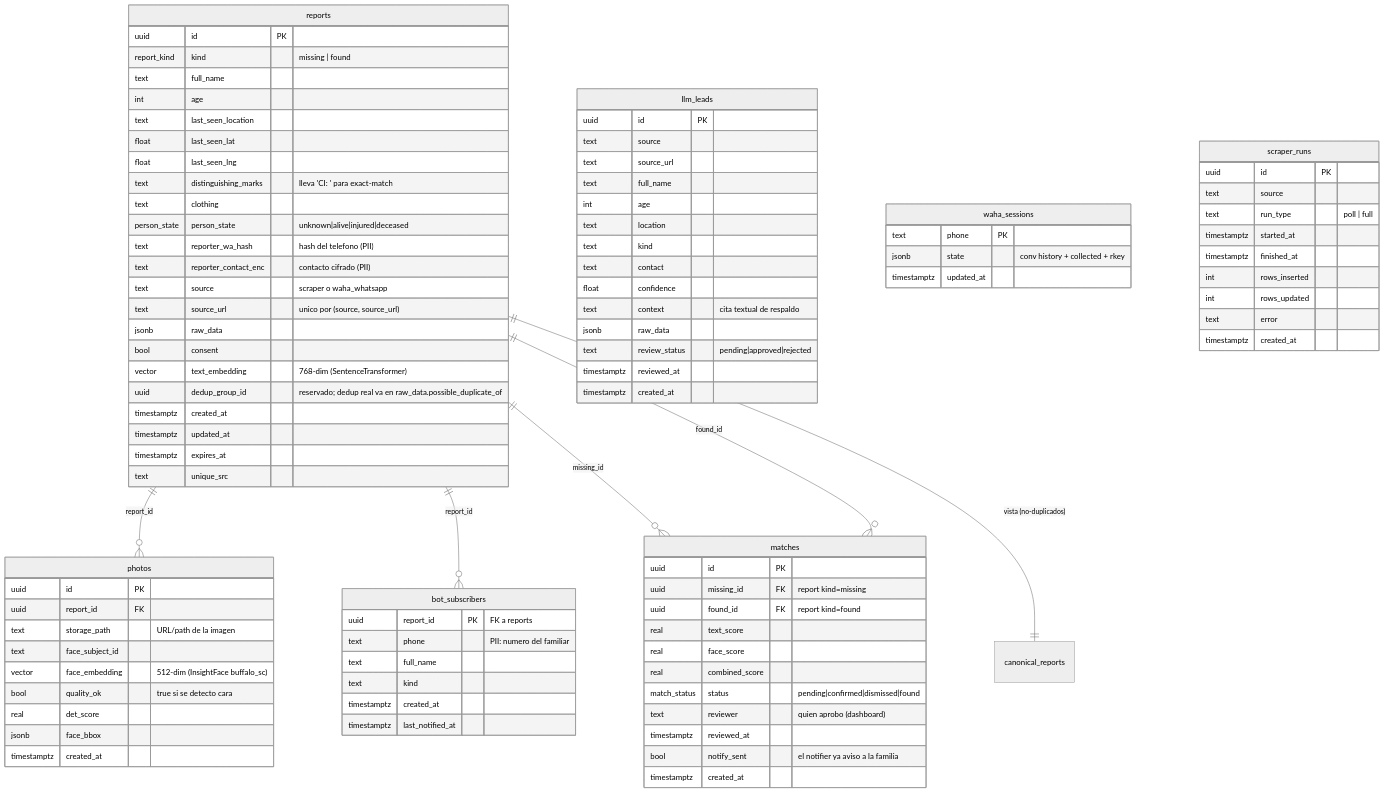
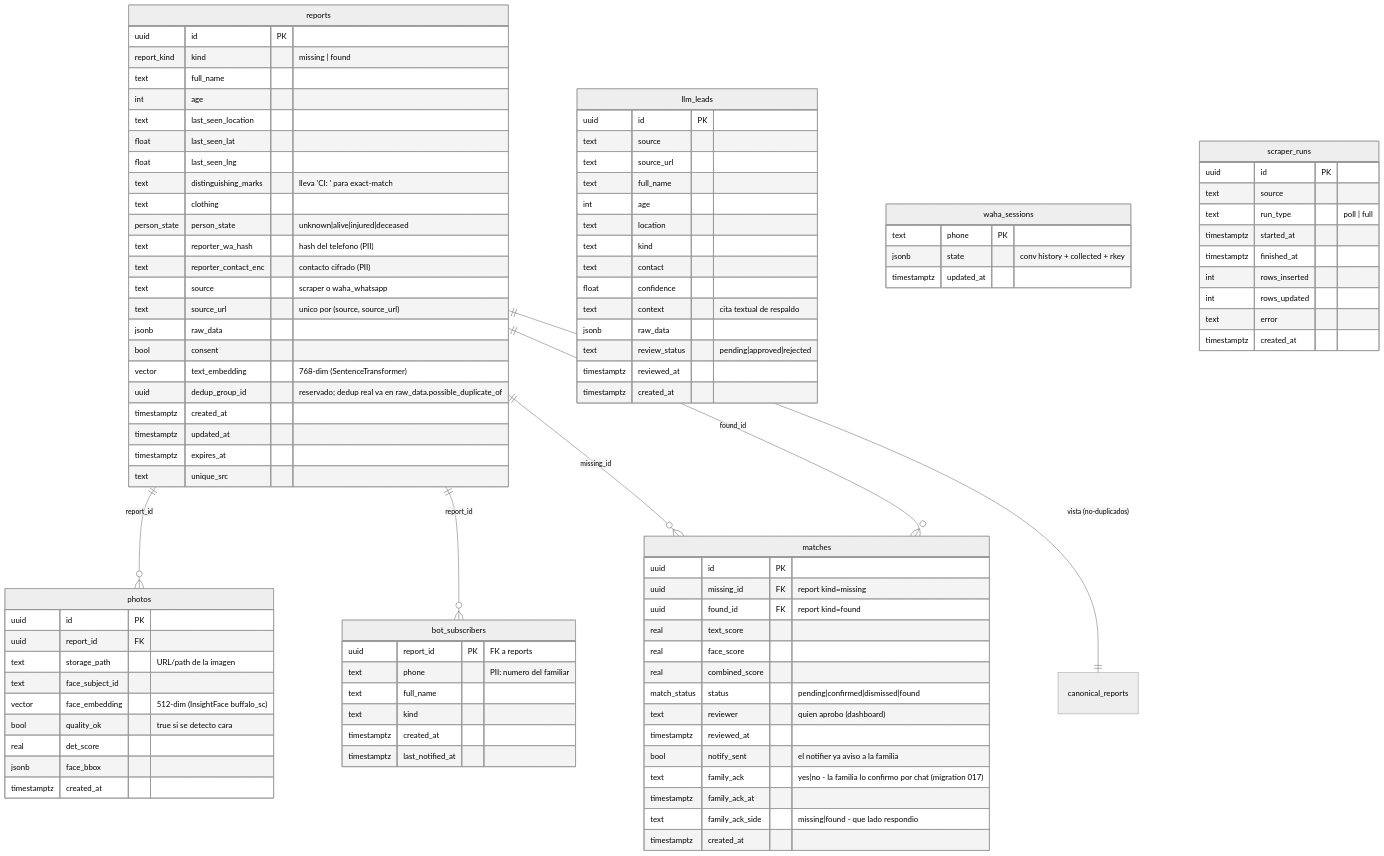
Before and after one commit to godlygeorgeYEAH/esfuerzos: the diagram in DATA-MODEL.md, drawn with Mermaid (neutral theme). The commit also changed other lines of this file and 5 other files, not shown here.

First line of the commit message:
fix(match-disclosure): try all candidates, not just top score; add family self-ack

```diff
--- a/DATA-MODEL.md
+++ b/DATA-MODEL.md
@@ -60,6 +60,9 @@
         text reviewer "quien aprobo (dashboard)"
         timestamptz reviewed_at
         bool notify_sent "el notifier ya aviso a la familia"
+        text family_ack "yes|no - la familia lo confirmo por chat (migration 017)"
+        timestamptz family_ack_at
+        text family_ack_side "missing|found - que lado respondio"
         timestamptz created_at
     }
     bot_subscribers {
```
